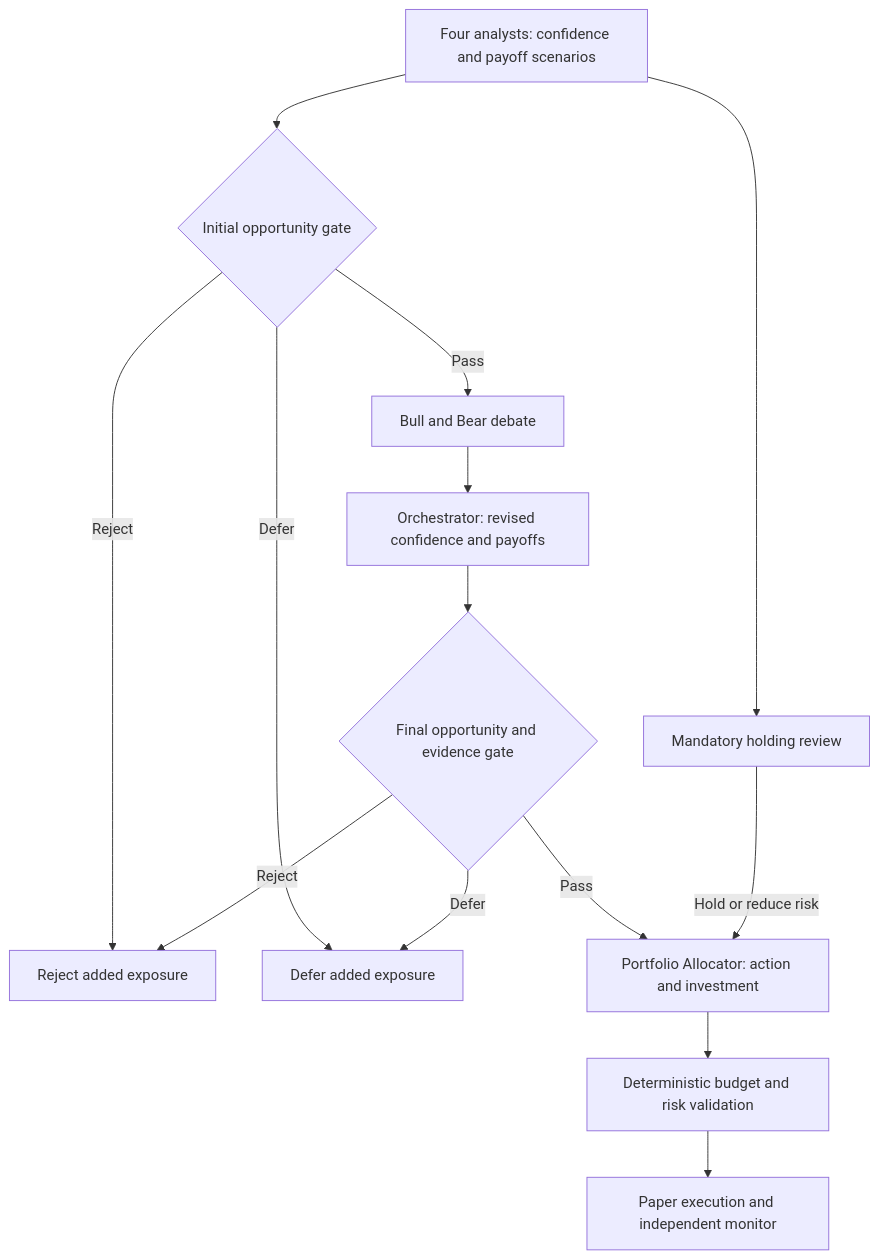
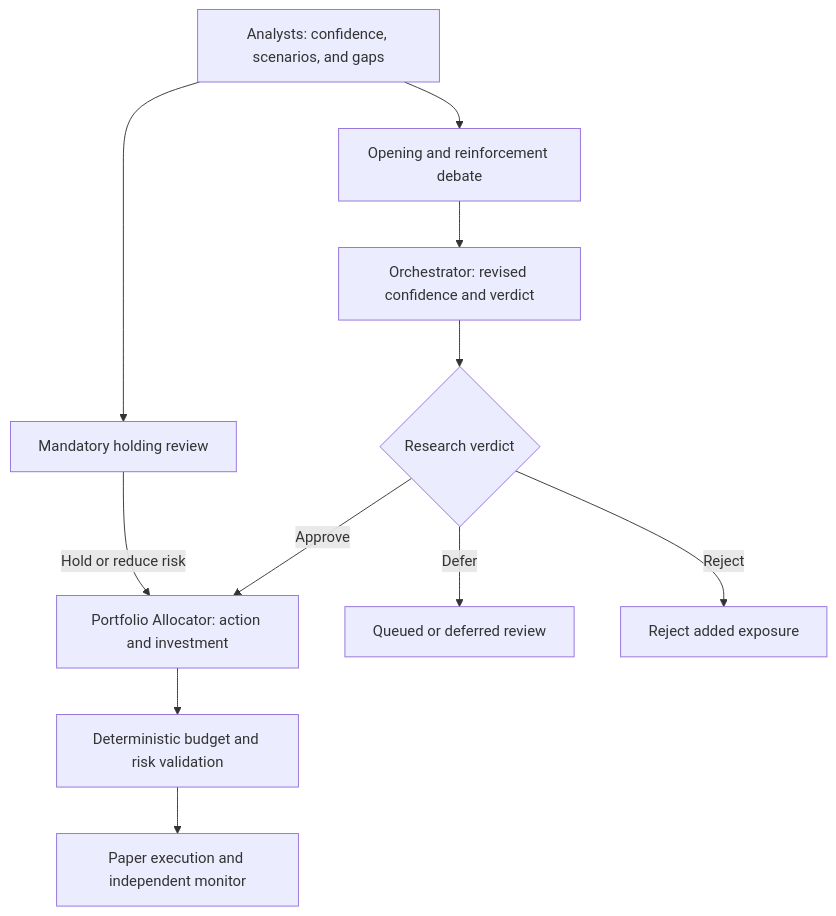
One commit to JKGiova/agentic-trading-workflow changed the diagram in docs/architecture.md. Above: the diagram before and after it, drawn with Mermaid. The commit also changed other lines of this file and 15 other files, not shown here.

Commit message:
docs: route proposals directly to debate without opportunity filters

````diff
--- a/docs/architecture.md
+++ b/docs/architecture.md
@@ -22,16 +22,13 @@
 ```mermaid
 flowchart TD
-    A["Four analysts: confidence and payoff scenarios"] --> H["Mandatory holding review"]
-    A --> G{"Initial opportunity gate"}
-    G -->|Reject| X["Reject added exposure"]
-    G -->|Defer| W["Defer added exposure"]
-    G -->|Pass| B["Bull and Bear debate"]
-    B --> O["Orchestrator: revised confidence and payoffs"]
-    O --> F{"Final opportunity and evidence gate"}
-    F -->|Reject| X
-    F -->|Defer| W
-    F -->|Pass| P["Portfolio Allocator: action and investment"]
+    A["Analysts: confidence, scenarios, and gaps"] --> H["Mandatory holding review"]
+    A --> B["Opening and reinforcement debate"]
+    B --> O["Orchestrator: revised confidence and verdict"]
+    O --> J{"Research verdict"}
+    J -->|Approve| P["Portfolio Allocator: action and investment"]
+    J -->|Defer| Q["Queued or deferred review"]
+    J -->|Reject| X["Reject added exposure"]
     H -->|Hold or reduce risk| P
     P --> R["Deterministic budget and risk validation"]
     R --> E["Paper execution and independent monitor"]
 ```
````
